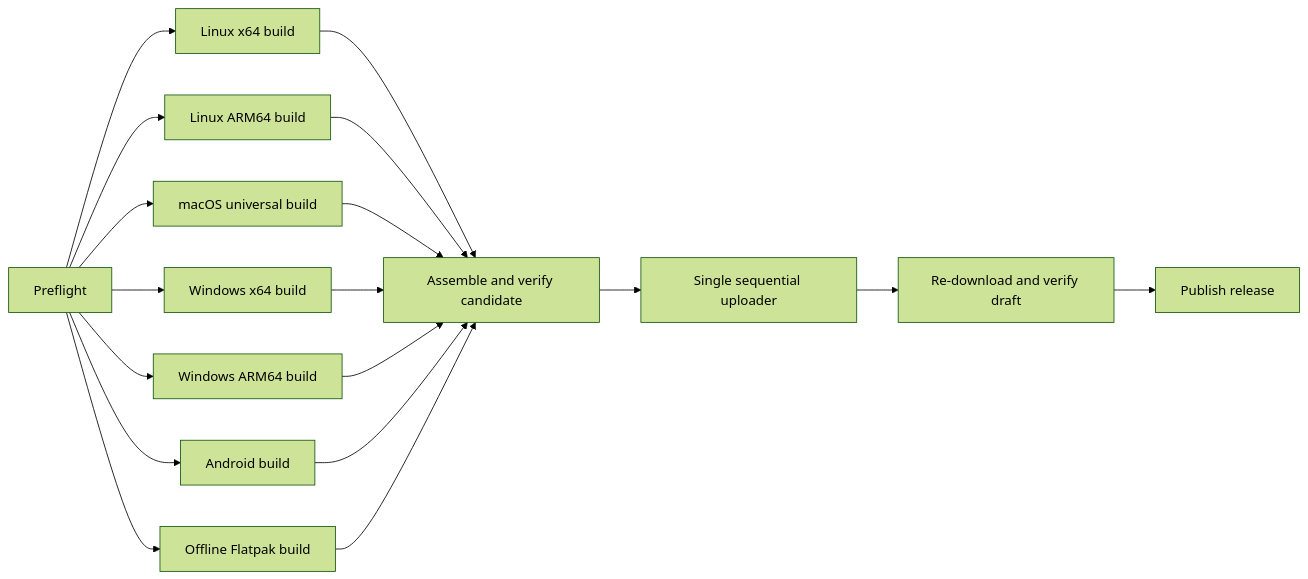
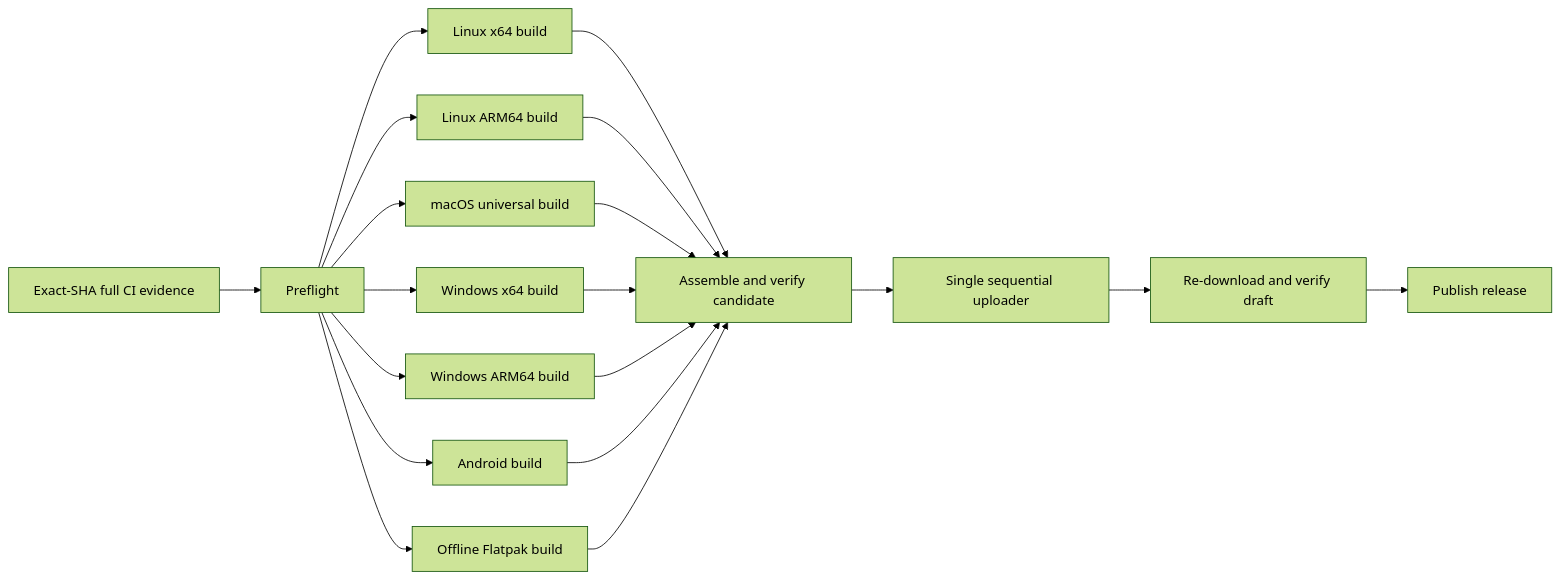
The diagram in docs/plans/release-parallel-build-publish.md (martinkoutecky/tine), drawn with Mermaid (forest theme) before and after one commit. The commit also changed other lines of this file and 11 other files, not shown here.

Commit message:
ci: gate releases on exact-SHA manual checks

````diff
--- a/docs/plans/release-parallel-build-publish.md
+++ b/docs/plans/release-parallel-build-publish.md
@@ -63,20 +73,21 @@
 ```mermaid
 flowchart LR
+  C["Exact-SHA full CI evidence"] --> P
   P["Preflight"] --> B1["Linux x64 build"]
   P --> B2["Linux ARM64 build"]
   P --> B3["macOS universal build"]
   P --> B4["Windows x64 build"]
   P --> B5["Windows ARM64 build"]
   P --> A["Android build"]
   P --> F["Offline Flatpak build"]
   B1 --> S["Assemble and verify candidate"]
   B2 --> S
   B3 --> S
   B4 --> S
   B5 --> S
   A --> S
   F --> S
   S --> U["Single sequential uploader"]
   U --> V["Re-download and verify draft"]
   V --> R["Publish release"]
 ```
````
